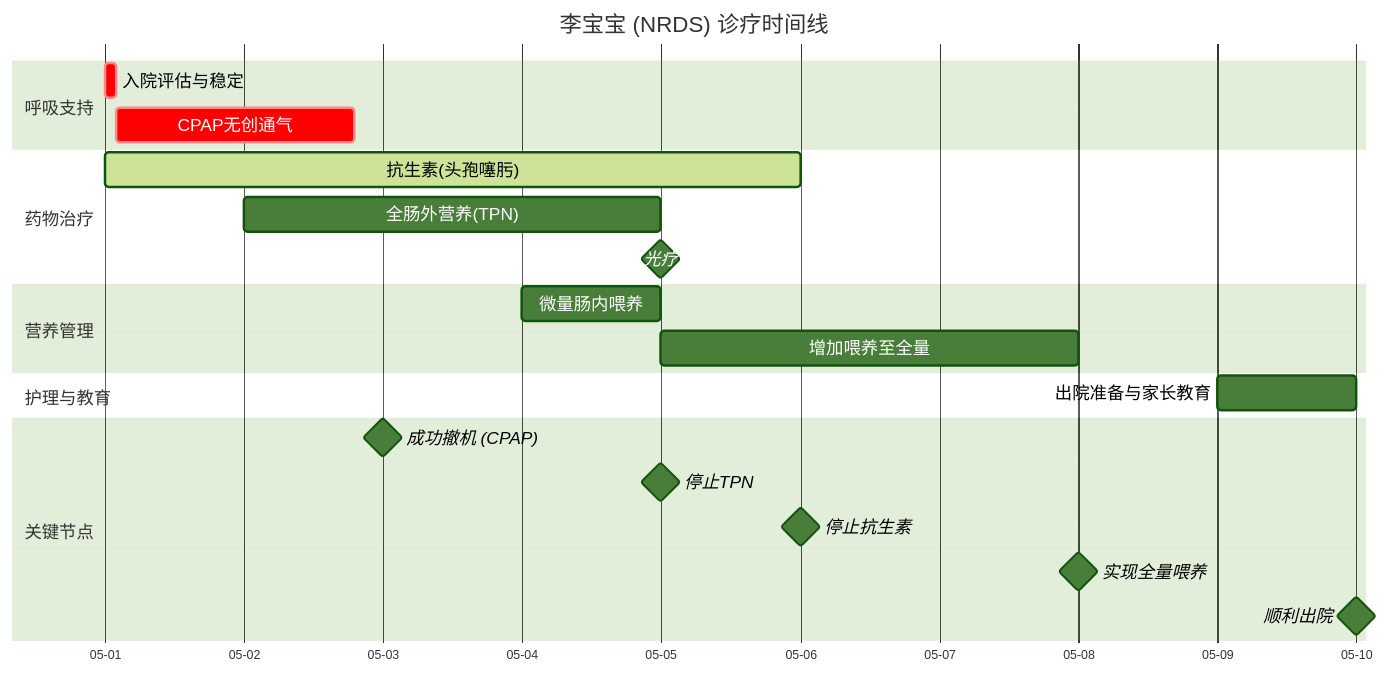
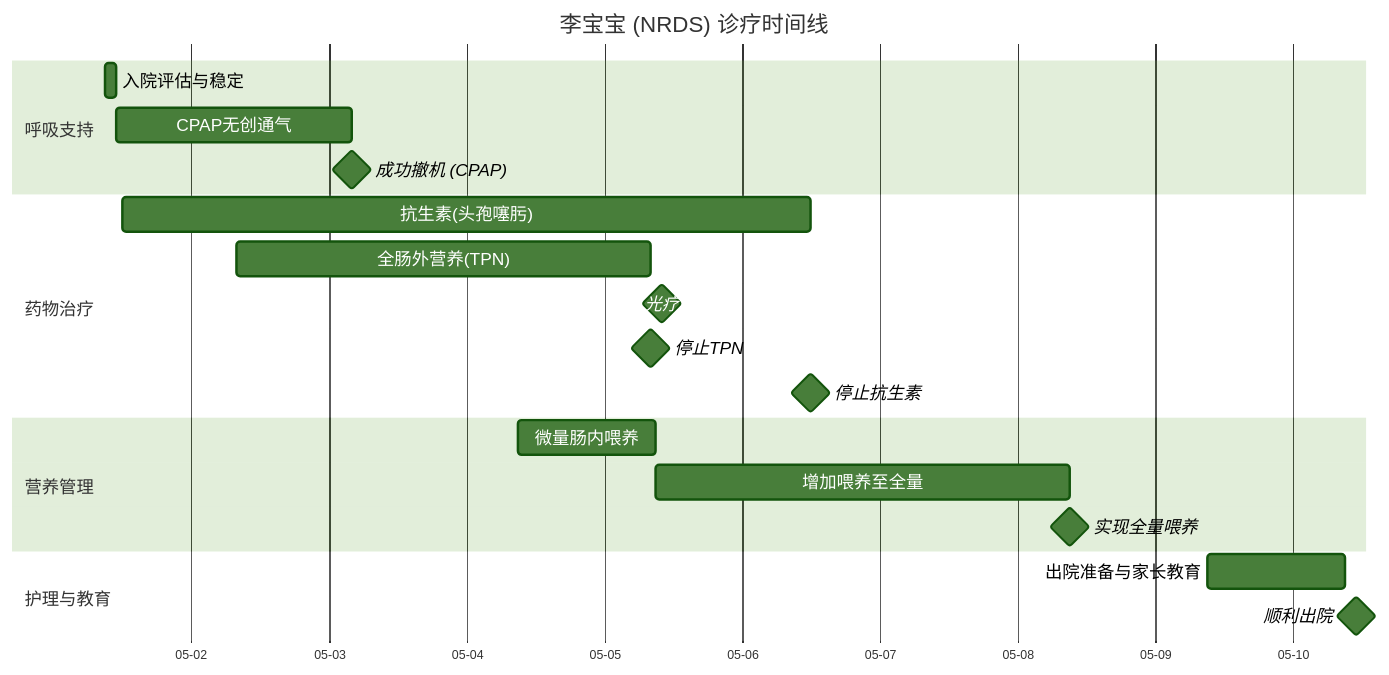
Before and after one commit to ZuchaoWang/mermaid-renderer: the diagram in example.mmd, drawn with Mermaid. The commit also changed 3 other files, not shown here.

```diff
--- a/example.mmd
+++ b/example.mmd
@@ -1,37 +1,35 @@
 ---
 config:
     theme: forest
     gantt:
         barHeight: 28
         barGap: 8
         rightPadding: 16
         fontSize: 14
         sectionFontSize: 14
 ---
 gantt
     title 李宝宝 (NRDS) 诊疗时间线
-    dateFormat  YYYY-MM-DD
+    dateFormat  YYYY-MM-DD HH:mm
     axisFormat  %m-%d
     
     section 呼吸支持
-    入院评估与稳定     :crit, a1, 2024-05-01, 2h
-    CPAP无创通气       :crit, a2, after a1, 41h
+    入院评估与稳定     :a1, 2024-05-01 09:00, 2024-05-01 11:00
+    CPAP无创通气       :a2, 2024-05-01 11:00, 2024-05-03 04:00
+    成功撤机 (CPAP)   :milestone, m1, 2024-05-03 04:00, 0h
     
     section 药物治疗
-    抗生素(头孢噻肟)    :active, b1, 2024-05-01, 5d
-    全肠外营养(TPN)    :b2, 2024-05-02, 3d
-    光疗              :milestone, b3, 2024-05-05, 0h
+    抗生素(头孢噻肟)    :b1, 2024-05-01 12:00, 2024-05-06 12:00
+    全肠外营养(TPN)    :b2, 2024-05-02 08:00, 2024-05-05 08:00
+    光疗              :milestone, b3, 2024-05-05 10:00, 0h
+    停止TPN          :milestone, m2, 2024-05-05 08:00, 0h
+    停止抗生素        :milestone, m3, 2024-05-06 12:00, 0h
     
     section 营养管理
-    微量肠内喂养       :c1, 2024-05-04, 1d
-    增加喂养至全量     :c2, after c1, 3d
+    微量肠内喂养       :c1, 2024-05-04 09:00, 2024-05-05 09:00
+    增加喂养至全量     :c2, 2024-05-05 09:00, 2024-05-08 09:00
+    实现全量喂养      :milestone, m4, 2024-05-08 09:00, 0h
     
     section 护理与教育
-    出院准备与家长教育 :d1, 2024-05-09, 1d
-    
-    section 关键节点
-    成功撤机 (CPAP)   :milestone, m1, 2024-05-03, 0h
-    停止TPN          :milestone, m2, 2024-05-05, 0h
-    停止抗生素        :milestone, m3, 2024-05-06, 0h
-    实现全量喂养      :milestone, m4, 2024-05-08, 0h
-    顺利出院         :milestone, m5, 2024-05-10, 0h
+    出院准备与家长教育 :d1, 2024-05-09 09:00, 2024-05-10 09:00
+    顺利出院         :milestone, m5, 2024-05-10 11:00, 0h
```
